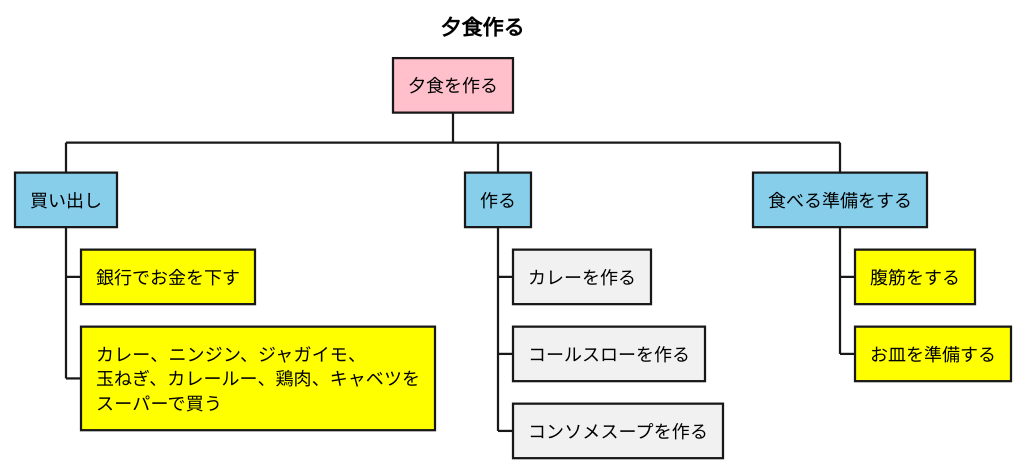
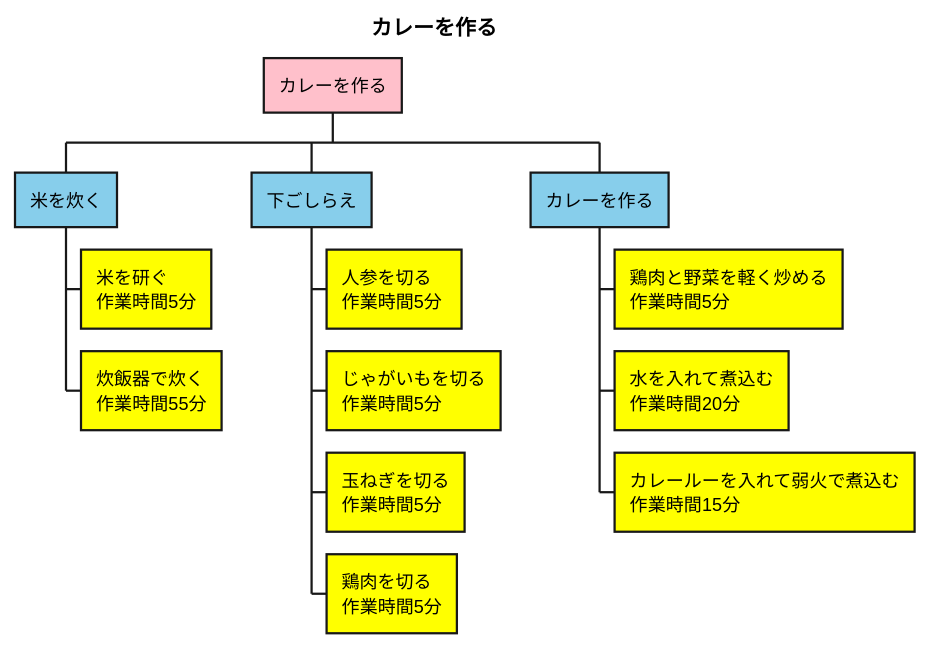
The diagram in WBS_主菜.pu (Morijyobi-guchi/dinner_project), drawn with PlantUML before and after one commit. The commit also changed 1 other file, not shown here.

Commit message:
カレー WBS、依存関係図

```diff
--- a/WBS_主菜.pu
+++ b/WBS_主菜.pu
@@ -1,14 +1,16 @@
 @startwbs dinnerを作る
-title 夕食作る 
-*[#Pink] 夕食を作る
-**[#SkyBlue] 買い出し
-***[#Yellow] 銀行でお金を下す
-***[#Yellow] カレー、ニンジン、ジャガイモ、\n玉ねぎ、カレールー、鶏肉、キャベツを\nスーパーで買う
-**[#SkyBlue] 作る
-*** カレーを作る
-*** コールスローを作る
-*** コンソメスープを作る
-**[#SkyBlue] 食べる準備をする
-***[#Yellow] 腹筋をする
-***[#Yellow] お皿を準備する
+title カレーを作る
+*[#Pink] カレーを作る
+**[#SkyBlue] 米を炊く
+***[#Yellow] 米を研ぐ\n作業時間5分
+***[#Yellow] 炊飯器で炊く\n作業時間55分
+**[#SkyBlue] 下ごしらえ
+***[#yellow] 人参を切る\n作業時間5分 
+***[#yellow] じゃがいもを切る\n作業時間5分
+***[#yellow] 玉ねぎを切る\n作業時間5分
+***[#yellow] 鶏肉を切る\n作業時間5分
+**[#SkyBlue] カレーを作る
+***[#Yellow] 鶏肉と野菜を軽く炒める\n作業時間5分
+***[#Yellow] 水を入れて煮込む\n作業時間20分
+***[#yellow] カレールーを入れて弱火で煮込む\n作業時間15分
 @endwbs
```
